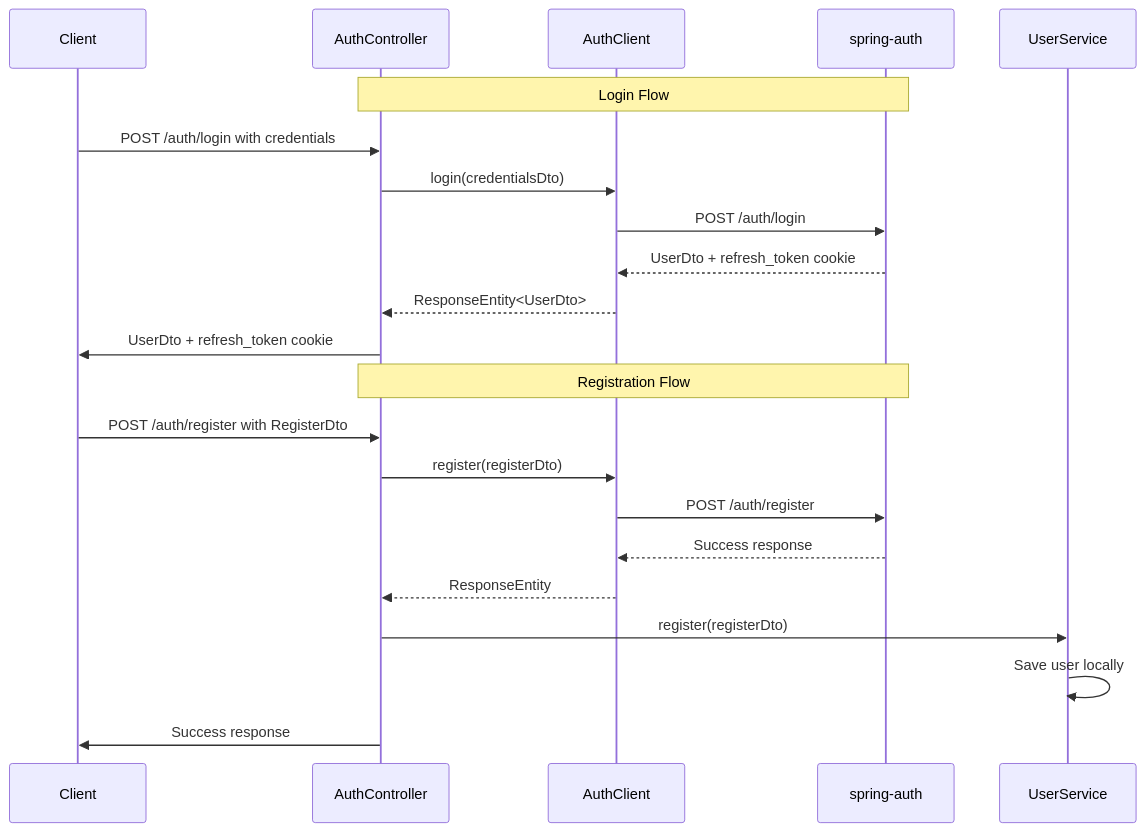
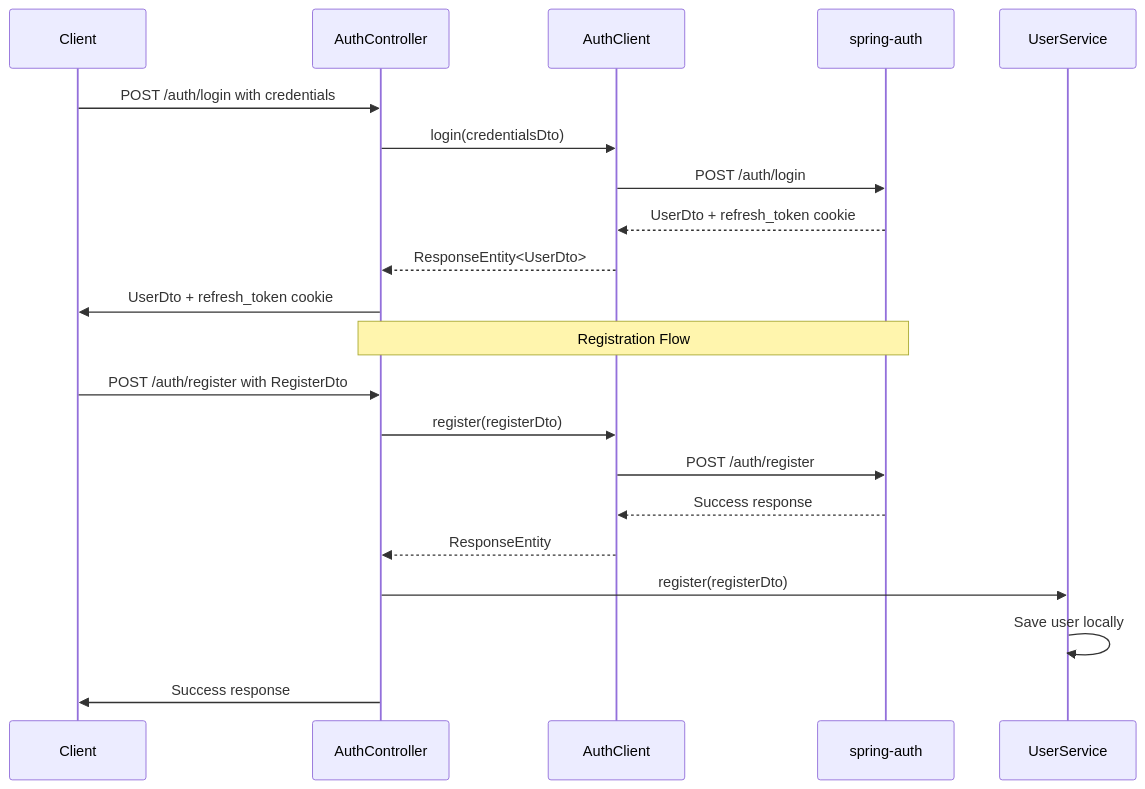
One commit to OrifInformatique/template_frontback changed the second of 6 diagrams in doc/process-documentation.md. Above: the diagram before and after it, drawn with Mermaid. The commit also changed other lines of this file, not shown here.

````diff
--- a/doc/process-documentation.md
+++ b/doc/process-documentation.md
@@ -135,26 +133,24 @@
 ```mermaid
 sequenceDiagram
     participant Client
     participant AuthController
     participant AuthClient
     participant spring-auth
     participant UserService
-
-    Note over AuthController,spring-auth: Login Flow
     Client->>AuthController: POST /auth/login with credentials
     AuthController->>AuthClient: login(credentialsDto)
     AuthClient->>spring-auth: POST /auth/login
     spring-auth-->>AuthClient: UserDto + refresh_token cookie
     AuthClient-->>AuthController: ResponseEntity<UserDto>
     AuthController->>Client: UserDto + refresh_token cookie
 
     Note over AuthController,spring-auth: Registration Flow
     Client->>AuthController: POST /auth/register with RegisterDto
     AuthController->>AuthClient: register(registerDto)
     AuthClient->>spring-auth: POST /auth/register
     spring-auth-->>AuthClient: Success response
     AuthClient-->>AuthController: ResponseEntity
     AuthController->>UserService: register(registerDto)
     UserService->>UserService: Save user locally
     AuthController->>Client: Success response
 ```
````
